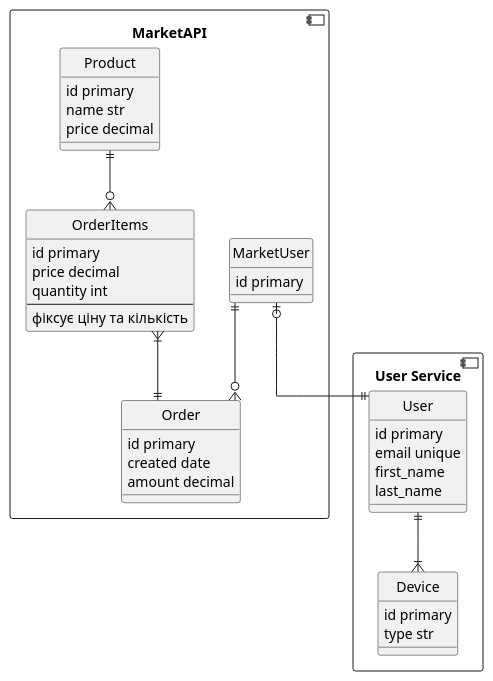
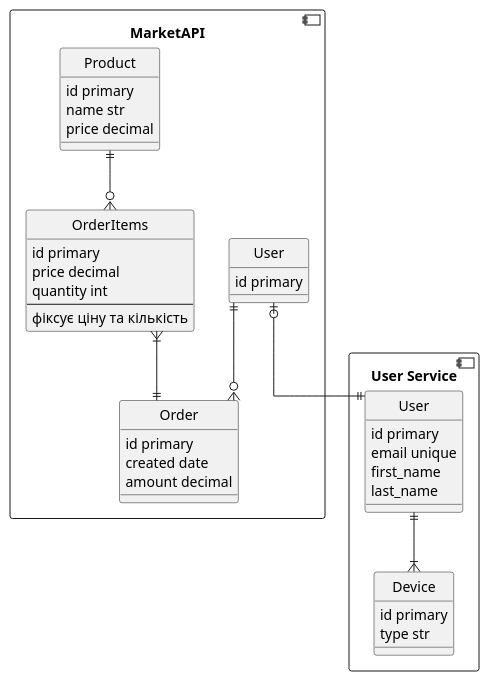
The diagram in 08_mixed.puml (alekseystryukov/plantuml-for-developer), drawn with PlantUML before and after one commit.

Commit message:
Mixed diagram: improvement User

```diff
--- a/08_mixed.puml
+++ b/08_mixed.puml
@@ -1,55 +1,55 @@
 @startuml
 ' hide the spot
 hide circle
 ' avoid problems with angled crows feet
 skinparam linetype ortho
 
 allow_mixing
 
 component "MarketAPI" as WS {
-    entity MarketUser {
+    entity "User" as MarketUser {
         id primary
     }
     entity Order {
         id primary
         created date
         amount decimal
     }
     MarketUser ||--o{  Order
 
     entity OrderItems {
         id primary
         price decimal
         quantity int
         ---
         фіксує ціну та кількість
     }
     OrderItems }|--|| Order
 
 
     entity Product {
         id primary
         name str
         price decimal
     }
     Product ||--o{ OrderItems
 
 }
 
 component "User Service" as US {
     entity User {
         id primary
         email unique
         first_name
         last_name
     }
     entity Device {
         id primary
         type str
     }
     Device }|-u-|| User
 }
 MarketUser |o--|| User
 
 
 @enduml
```
